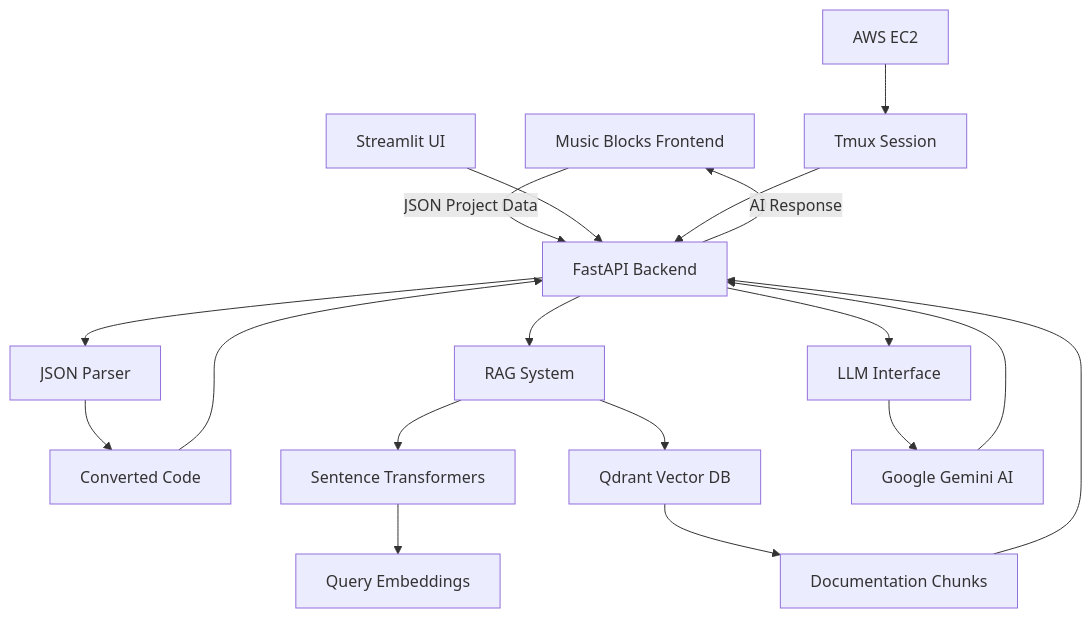
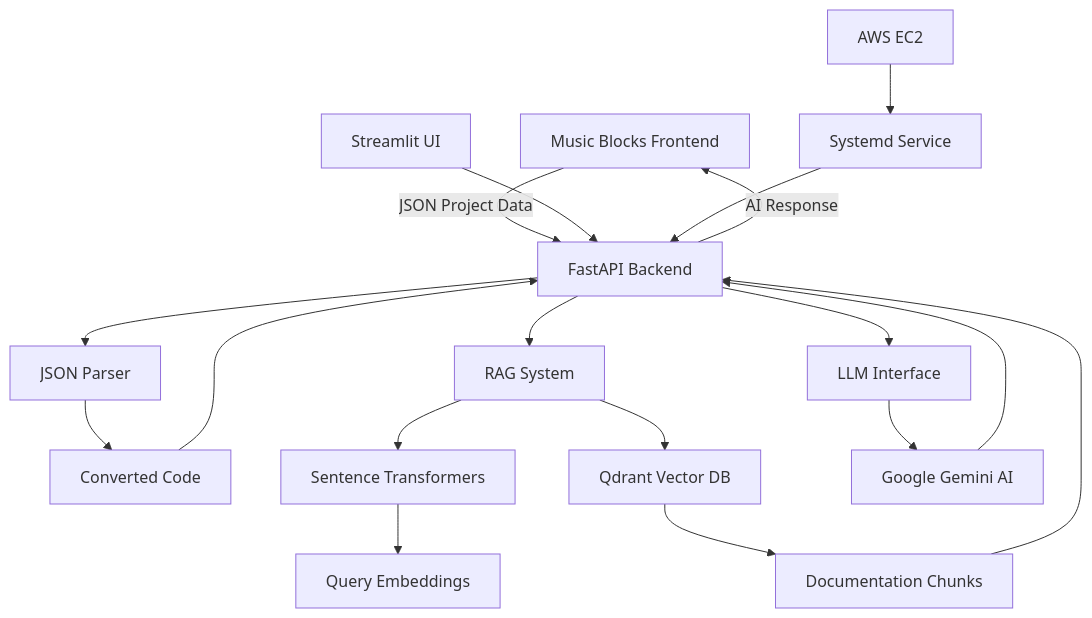
One commit to sugarlabs/AI-powered-Debugger-for-Music-Blocks changed the diagram in README.md. Above: the diagram before and after it, drawn with Mermaid. The commit also changed other lines of this file, not shown here.

````diff
--- a/README.md
+++ b/README.md
@@ -46,24 +47,24 @@
 ```mermaid
 graph TB
     A[Music Blocks Frontend] -->|JSON Project Data| B[FastAPI Backend]
     B --> C[JSON Parser]
     B --> D[RAG System]
     B --> E[LLM Interface]
     
     C --> F[Converted Code]
     D --> G[Qdrant Vector DB]
     D --> H[Sentence Transformers]
     E --> I[Google Gemini AI]
     
     G --> J[Documentation Chunks]
     H --> K[Query Embeddings]
     
     F --> B
     J --> B
     I --> B
     B -->|AI Response| A
     
     L[Streamlit UI] --> B
-    M[AWS EC2] --> N[Tmux Session]
+    M[AWS EC2] --> N[Systemd Service]
     N --> B
 ```
````
